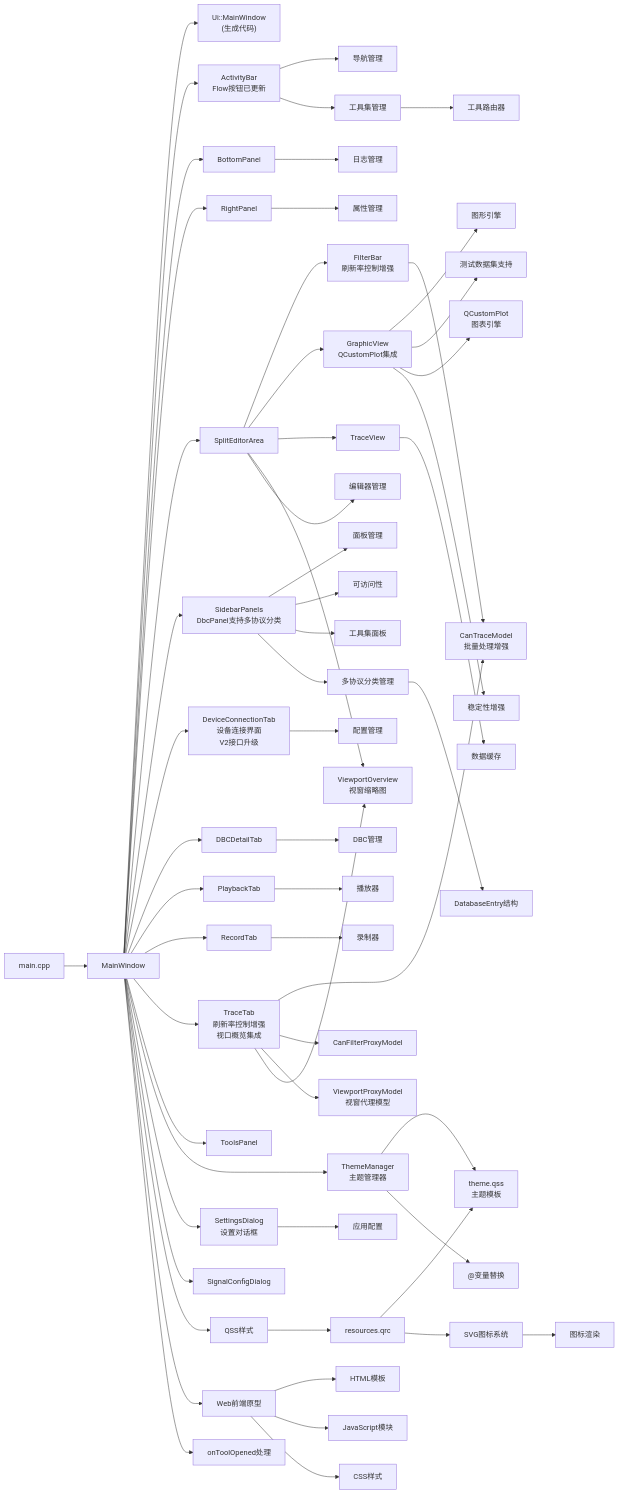
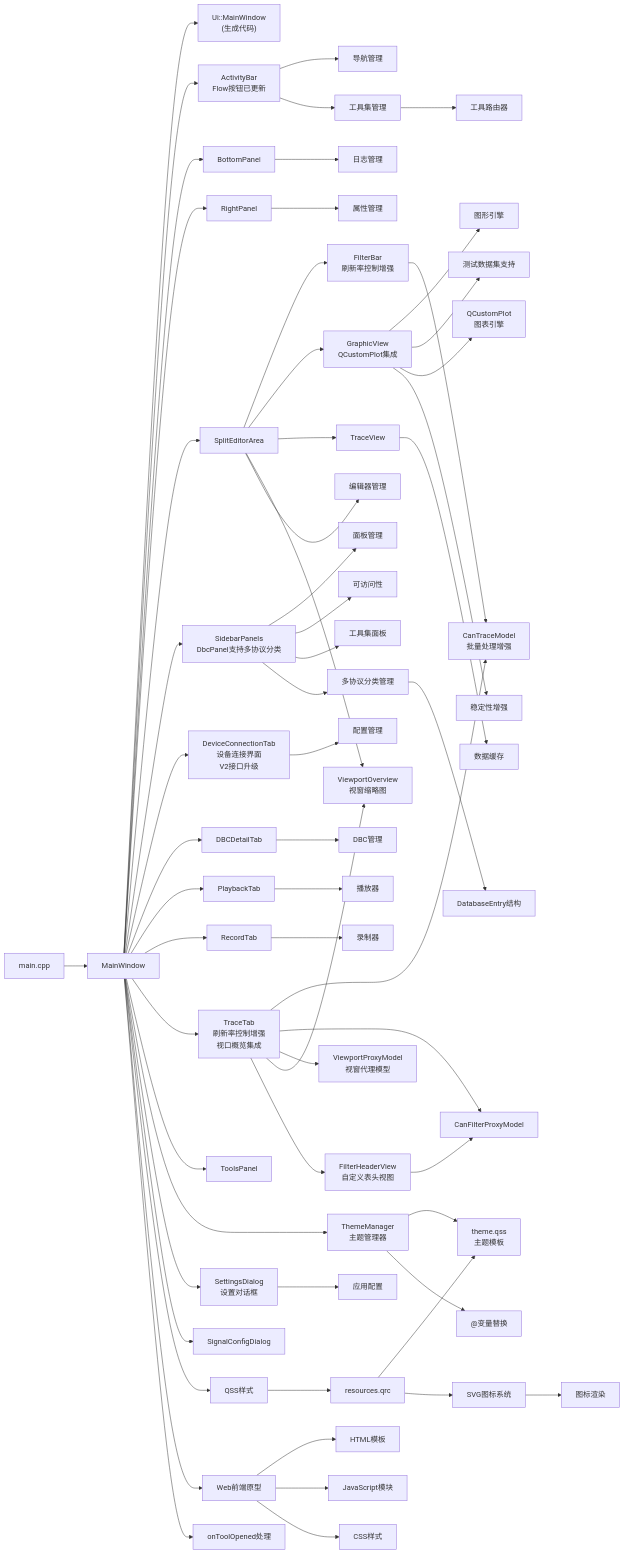
Before and after one commit to jakecai1225-design/OpenBus: diagram 26 of 26 in .qoder/repowiki/zh/content/架构设计/UI系统设计/UI系统设计.md, drawn with Mermaid. The commit also changed other lines of this file and 39 other files, not shown here.

````diff
--- a/.qoder/repowiki/zh/content/架构设计/UI系统设计/UI系统设计.md
+++ b/.qoder/repowiki/zh/content/架构设计/UI系统设计/UI系统设计.md
@@ -1762,61 +1842,63 @@
 ```mermaid
 graph LR
 Main["main.cpp"] --> MW["MainWindow"]
 MW --> UI["Ui::MainWindow<br/>(生成代码)"]
 MW --> AB["ActivityBar<br/>Flow按钮已更新"]
 MW --> BP["BottomPanel"]
 MW --> RP["RightPanel"]
 MW --> SEA["SplitEditorArea"]
 MW --> SBP["SidebarPanels<br/>DbcPanel支持多协议分类"]
 MW --> DCT["DeviceConnectionTab<br/>设备连接界面<br/>V2接口升级"]
 MW --> DBCT["DBCDetailTab"]
 MW --> PB["PlaybackTab"]
 MW --> RT["RecordTab"]
 MW --> TT["TraceTab<br/>刷新率控制增强<br/>视口概览集成"]
 MW --> TP["ToolsPanel"]
 MW --> TM["ThemeManager<br/>主题管理器"]
 MW --> SD["SettingsDialog<br/>设置对话框"]
 SEA --> FB["FilterBar<br/>刷新率控制增强"]
 SEA --> GV["GraphicView<br/>QCustomPlot集成"]
 SEA --> TV["TraceView"]
 SEA --> VO["ViewportOverview<br/>视窗缩略图"]
 MW --> SCD["SignalConfigDialog"]
 MW --> QSS["QSS样式"]
 TM --> THEME["theme.qss<br/>主题模板"]
 QSS --> QRC["resources.qrc"]
 QRC --> THEME
 QRC --> SVG["SVG图标系统"]
 AB --> Navigation["导航管理"]
 BP --> Logging["日志管理"]
 RP --> Properties["属性管理"]
 SEA --> Editors["编辑器管理"]
 SBP --> Panels["面板管理"]
 DCT --> Config["配置管理"]
 DBCT --> DBC["DBC管理"]
 PB --> Player["播放器"]
 RT --> Recorder["录制器"]
 TT --> CTM["CanTraceModel<br/>批量处理增强"]
 TT --> CFPM["CanFilterProxyModel"]
 TT --> VPM["ViewportProxyModel<br/>视窗代理模型"]
 TT --> VO
+TT --> FHV["FilterHeaderView<br/>自定义表头视图"]
 FB --> CTM
 MW --> Web["Web前端原型"]
 Web --> HTML["HTML模板"]
 Web --> JS["JavaScript模块"]
 Web --> CSS["CSS样式"]
 GV --> Graphics["图形引擎"]
 GV --> TestData["测试数据集支持"]
 GV --> QCP["QCustomPlot<br/>图表引擎"]
 TV --> DataCache["数据缓存"]
 SBP --> Accessibility["可访问性"]
 GV --> Stability["稳定性增强"]
 AB --> Tools["工具集管理"]
 SBP --> ToolsPanel["工具集面板"]
 Tools --> ToolRouter["工具路由器"]
 MW --> ToolHandler["onToolOpened处理"]
 SBP --> MultiProtocol["多协议分类管理"]
 MultiProtocol --> DatabaseEntry["DatabaseEntry结构"]
 TM --> ThemeVars["@变量替换"]
 SVG --> IconSystem["图标渲染"]
 SD --> AppConfig["应用配置"]
+FHV --> CFPM
 ```
````
